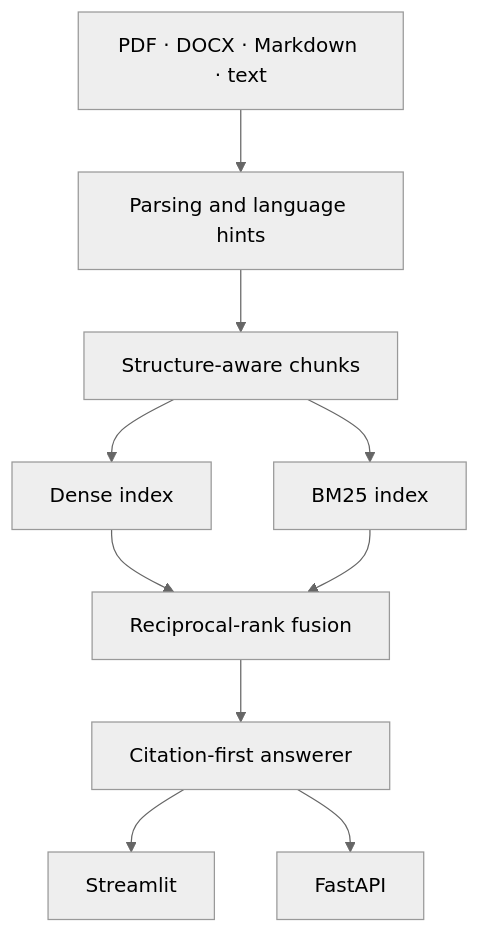
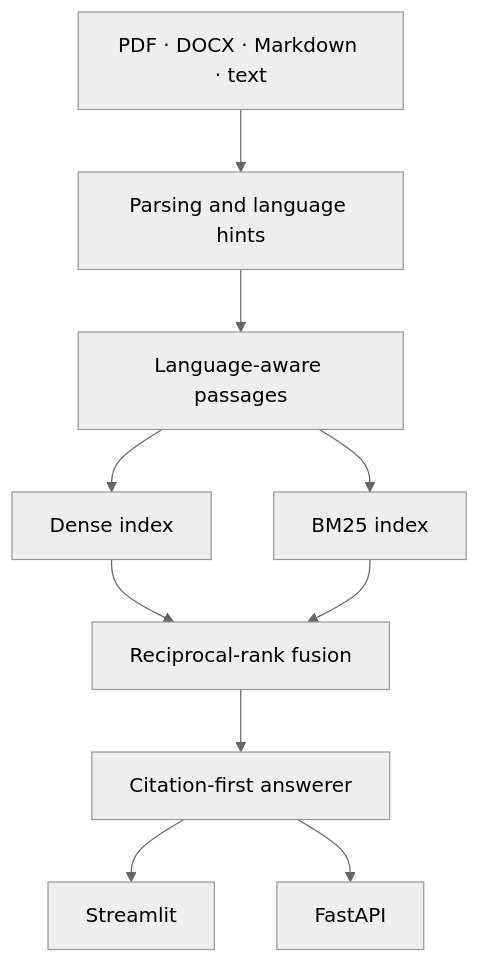
One commit to salfayoumi/multilingual-document-intelligence changed the diagram in README.md. Above: the diagram before and after it, drawn with Mermaid (neutral theme). The commit also changed other lines of this file and 19 other files, not shown here.

````diff
--- a/README.md
+++ b/README.md
@@ -37,12 +42,12 @@
 ```mermaid
 flowchart TD
     A[PDF · DOCX · Markdown · text] --> B[Parsing and language hints]
-    B --> C[Structure-aware chunks]
+    B --> C[Language-aware passages]
     C --> D[Dense index]
     C --> E[BM25 index]
     D --> F[Reciprocal-rank fusion]
     E --> F
     F --> G[Citation-first answerer]
     G --> H[Streamlit]
     G --> I[FastAPI]
 ```
````
